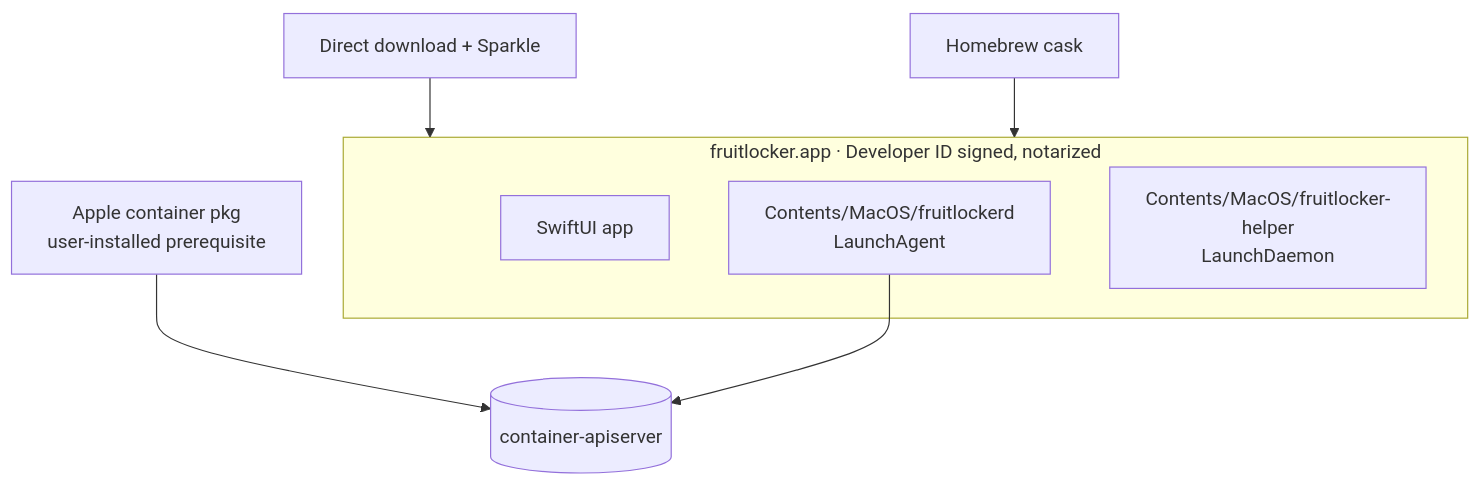
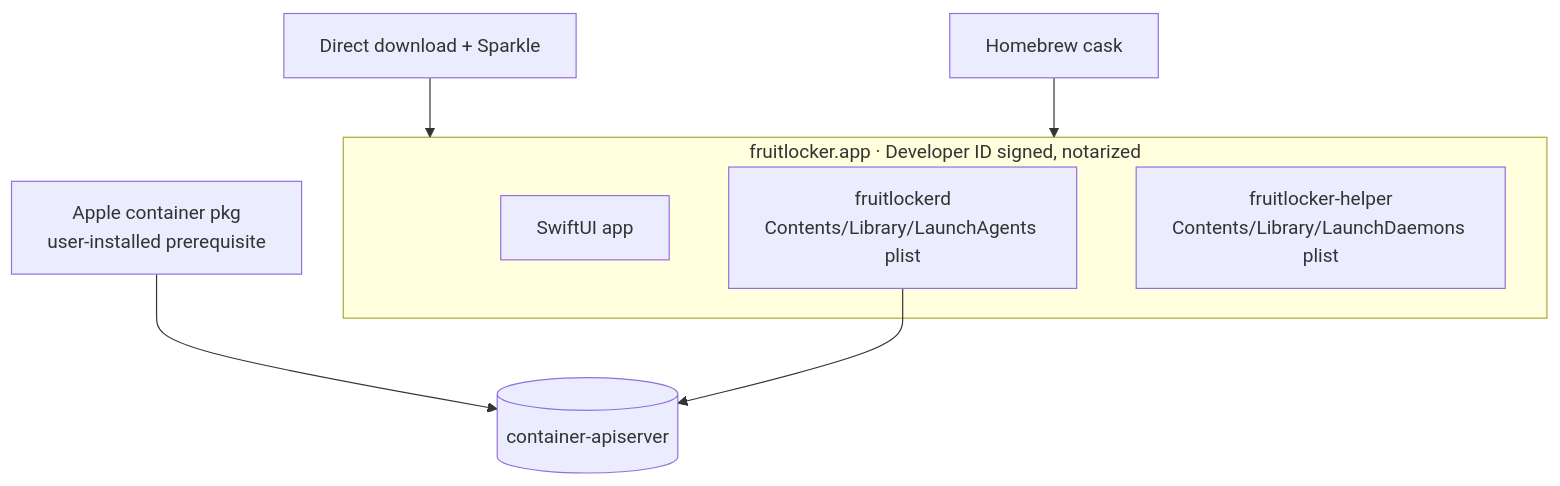
The second of 2 diagrams in _bmad-output/architecture-fruitlocker/architecture-fruitlocker.md (heyjawrsh/fruitlocker), drawn with Mermaid before and after one commit. The commit also changed other lines of this file and 6 other files, not shown here.

````diff
--- a/_bmad-output/architecture-fruitlocker/architecture-fruitlocker.md
+++ b/_bmad-output/architecture-fruitlocker/architecture-fruitlocker.md
@@ -205,12 +327,12 @@
 ```mermaid
 flowchart TB
   subgraph Bundle[fruitlocker.app · Developer ID signed, notarized]
     UI[SwiftUI app]
-    D[Contents/MacOS/fruitlockerd<br/>LaunchAgent]
-    H[Contents/MacOS/fruitlocker-helper<br/>LaunchDaemon]
+    D[fruitlockerd<br/>Contents/Library/LaunchAgents plist]
+    H[fruitlocker-helper<br/>Contents/Library/LaunchDaemons plist]
   end
   Pkg[Apple container pkg<br/>user-installed prerequisite] --> AS[(container-apiserver)]
   D --> AS
   Dist1[Direct download + Sparkle] --> Bundle
   Dist2[Homebrew cask] --> Bundle
 ```
````
